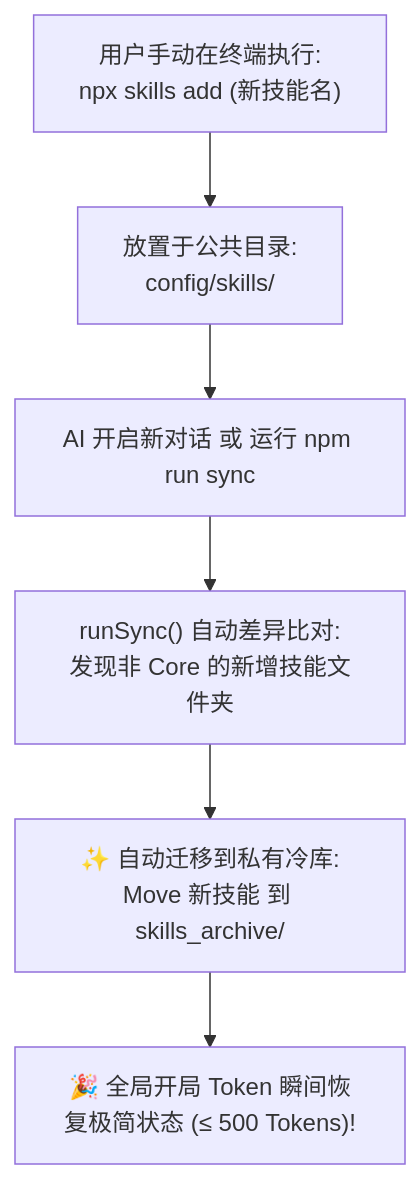
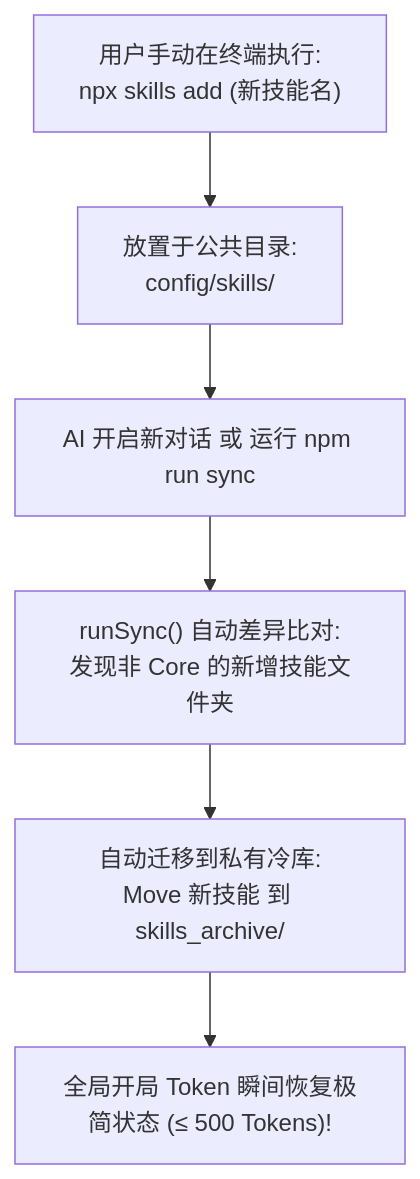
One commit to amasun/skill-orchestrator changed the second of 2 diagrams in README.md. Above: the diagram before and after it, drawn with Mermaid. The commit also changed other lines of this file, not shown here.

````diff
--- a/README.md
+++ b/README.md
@@ -72,8 +72,8 @@
 ```mermaid
 flowchart TD
     UserAction["用户手动在终端执行:<br>npx skills add (新技能名)"] --> PublicFolder["放置于公共目录:<br>config/skills/"]
     PublicFolder --> Trigger["AI 开启新对话 或 运行 npm run sync"]
     Trigger --> Detect["runSync() 自动差异比对:<br>发现非 Core 的新增技能文件夹"]
-    Detect --> Migrate["✨ 自动迁移到私有冷库:<br>Move 新技能 到 skills_archive/"]
-    Migrate --> Result["🎉 全局开局 Token 瞬间恢复极简状态 (&le; 500 Tokens)!"]
+    Detect --> Migrate["自动迁移到私有冷库:<br>Move 新技能 到 skills_archive/"]
+    Migrate --> Result["全局开局 Token 瞬间恢复极简状态 (&le; 500 Tokens)!"]
 ```
````
